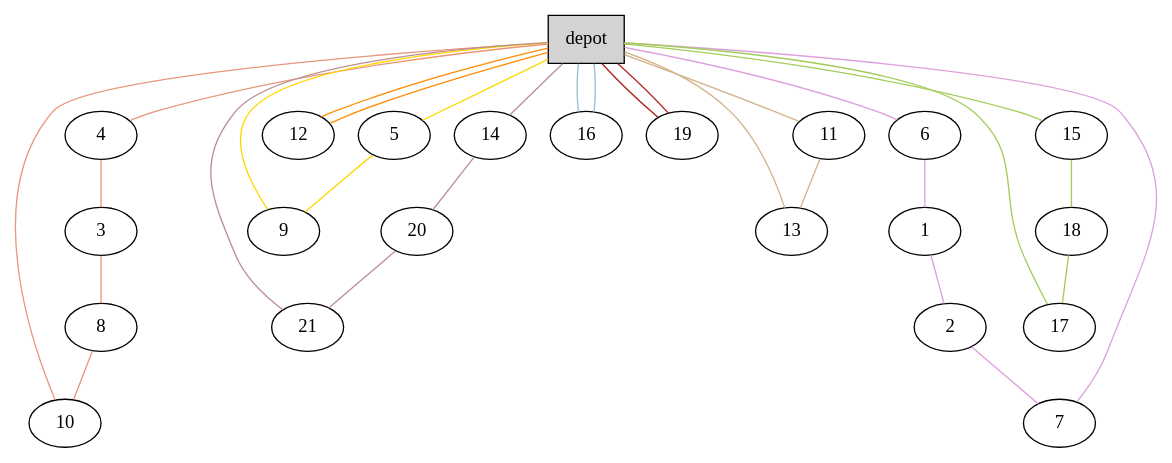
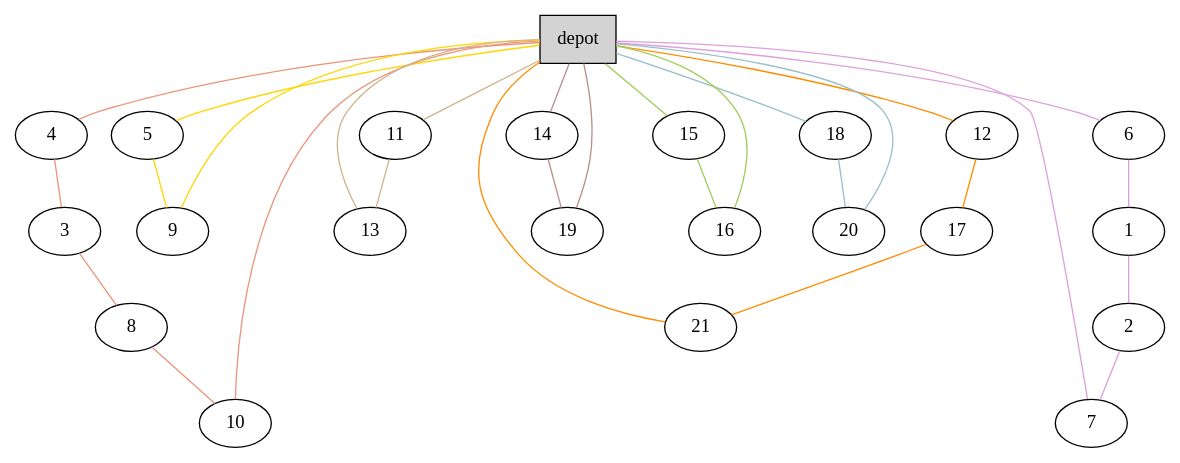
The diagram in Instances/P/P-n22-k8_G.dot (akheireddine/MAOA), drawn with Graphviz before and after one commit. The commit also changed 113 other files, not shown here.

```diff
--- a/Instances/P/P-n22-k8_G.dot
+++ b/Instances/P/P-n22-k8_G.dot
@@ -1,54 +1,53 @@
 graph G {
   0[shape = box, label = "depot", style = filled ];
   4[shape = ellipse];
   "0"--"4"[color = darksalmon];
   3[shape = ellipse];
   "4"--"3"[color = darksalmon];
   8[shape = ellipse];
   "3"--"8"[color = darksalmon];
   10[shape = ellipse];
   "8"--"10"[color = darksalmon];
   "10"--"0"[color = darksalmon];
   5[shape = ellipse];
   "0"--"5"[color = gold];
   9[shape = ellipse];
   "5"--"9"[color = gold];
   "9"--"0"[color = gold];
   6[shape = ellipse];
   "0"--"6"[color = plum];
   1[shape = ellipse];
   "6"--"1"[color = plum];
   2[shape = ellipse];
   "1"--"2"[color = plum];
   7[shape = ellipse];
   "2"--"7"[color = plum];
   "7"--"0"[color = plum];
   11[shape = ellipse];
   "0"--"11"[color = tan];
   13[shape = ellipse];
   "11"--"13"[color = tan];
   "13"--"0"[color = tan];
   12[shape = ellipse];
   "0"--"12"[color = darkorange];
-  "12"--"0"[color = darkorange];
+  17[shape = ellipse];
+  "12"--"17"[color = darkorange];
+  21[shape = ellipse];
+  "17"--"21"[color = darkorange];
+  "21"--"0"[color = darkorange];
   14[shape = ellipse];
   "0"--"14"[color = rosybrown];
-  20[shape = ellipse];
-  "14"--"20"[color = rosybrown];
-  21[shape = ellipse];
-  "20"--"21"[color = rosybrown];
-  "21"--"0"[color = rosybrown];
+  19[shape = ellipse];
+  "14"--"19"[color = rosybrown];
+  "19"--"0"[color = rosybrown];
   15[shape = ellipse];
   "0"--"15"[color = darkolivegreen3];
+  16[shape = ellipse];
+  "15"--"16"[color = darkolivegreen3];
+  "16"--"0"[color = darkolivegreen3];
   18[shape = ellipse];
-  "15"--"18"[color = darkolivegreen3];
-  17[shape = ellipse];
-  "18"--"17"[color = darkolivegreen3];
-  "17"--"0"[color = darkolivegreen3];
-  16[shape = ellipse];
-  "0"--"16"[color = lightblue3];
-  "16"--"0"[color = lightblue3];
-  19[shape = ellipse];
-  "0"--"19"[color = firebrick];
-  "19"--"0"[color = firebrick];
+  "0"--"18"[color = lightblue3];
+  20[shape = ellipse];
+  "18"--"20"[color = lightblue3];
+  "20"--"0"[color = lightblue3];
 }
```
